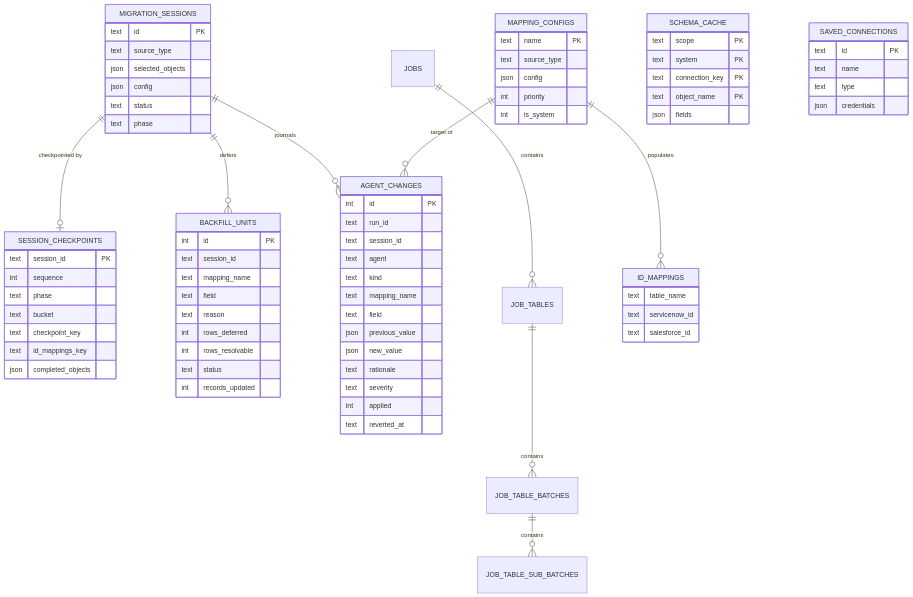
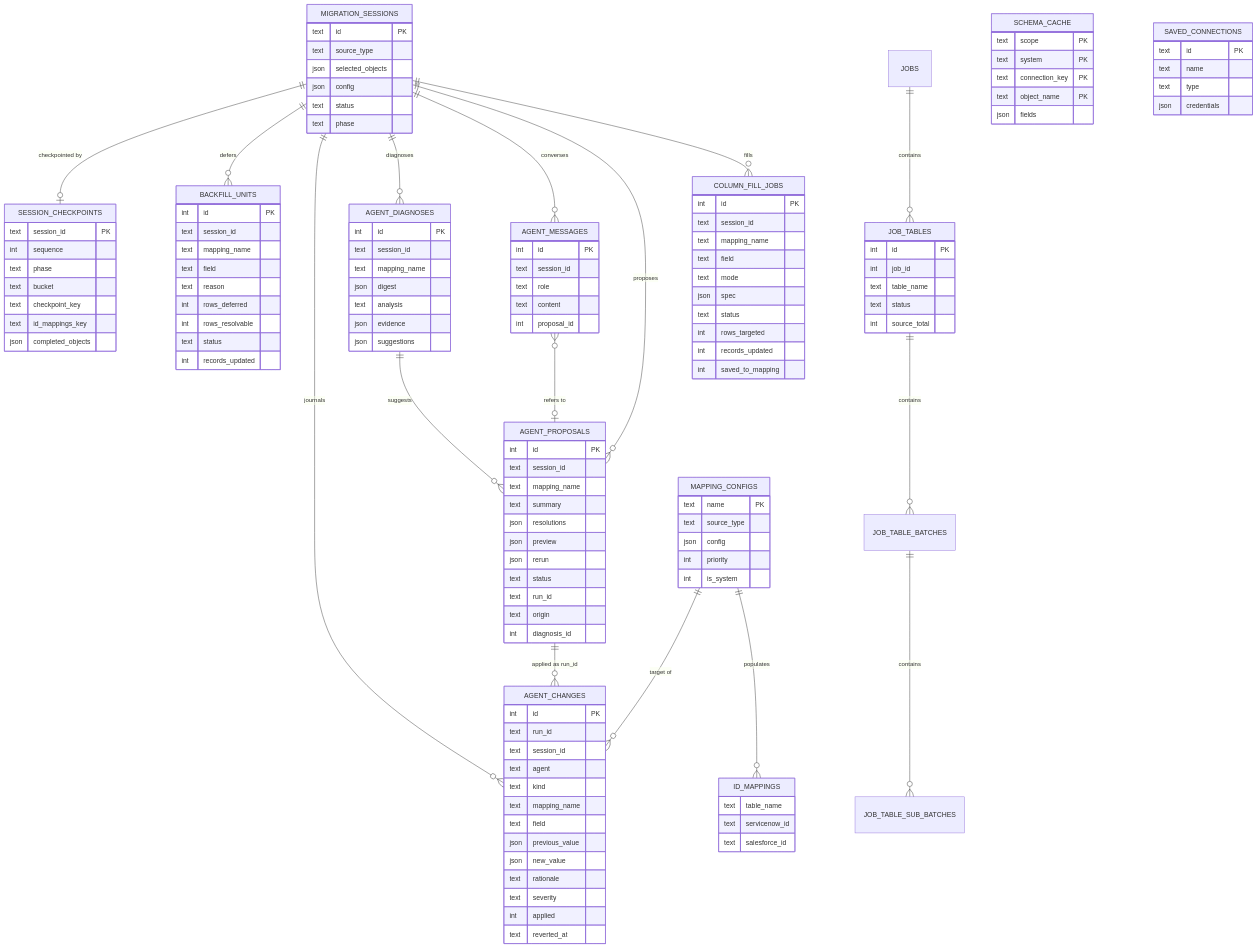
One commit to shahid-rawther/SF-Data-Migration-LLM changed diagram 11 of 12 in docs/ARCHITECTURE.md. Above: the diagram before and after it, drawn with Mermaid. The commit also changed other lines of this file and 57 other files, not shown here.

```diff
--- a/docs/ARCHITECTURE.md
+++ b/docs/ARCHITECTURE.md
@@ -583,6 +847,13 @@
   MIGRATION_SESSIONS ||--o| SESSION_CHECKPOINTS : "checkpointed by"
   MIGRATION_SESSIONS ||--o{ BACKFILL_UNITS : defers
   MIGRATION_SESSIONS ||--o{ AGENT_CHANGES : journals
+  MIGRATION_SESSIONS ||--o{ AGENT_DIAGNOSES : diagnoses
+  MIGRATION_SESSIONS ||--o{ AGENT_MESSAGES : converses
+  MIGRATION_SESSIONS ||--o{ AGENT_PROPOSALS : proposes
+  MIGRATION_SESSIONS ||--o{ COLUMN_FILL_JOBS : fills
+  AGENT_DIAGNOSES ||--o{ AGENT_PROPOSALS : "suggests"
+  AGENT_MESSAGES }o--o| AGENT_PROPOSALS : "refers to"
+  AGENT_PROPOSALS ||--o{ AGENT_CHANGES : "applied as run_id"
   JOBS ||--o{ JOB_TABLES : contains
   JOB_TABLES ||--o{ JOB_TABLE_BATCHES : contains
   JOB_TABLE_BATCHES ||--o{ JOB_TABLE_SUB_BATCHES : contains
@@ -632,6 +903,54 @@
     int applied
     text reverted_at
   }
+  AGENT_DIAGNOSES {
+    int id PK
+    text session_id
+    text mapping_name
+    json digest
+    text analysis
+    json evidence
+    json suggestions
+  }
+  AGENT_MESSAGES {
+    int id PK
+    text session_id
+    text role
+    text content
+    int proposal_id
+  }
+  AGENT_PROPOSALS {
+    int id PK
+    text session_id
+    text mapping_name
+    text summary
+    json resolutions
+    json preview
+    json rerun
+    text status
+    text run_id
+    text origin
+    int diagnosis_id
+  }
+  COLUMN_FILL_JOBS {
+    int id PK
+    text session_id
+    text mapping_name
+    text field
+    text mode
+    json spec
+    text status
+    int rows_targeted
+    int records_updated
+    int saved_to_mapping
+  }
+  JOB_TABLES {
+    int id PK
+    int job_id
+    text table_name
+    text status
+    int source_total
+  }
   MAPPING_CONFIGS {
     text name PK
     text source_type
```
